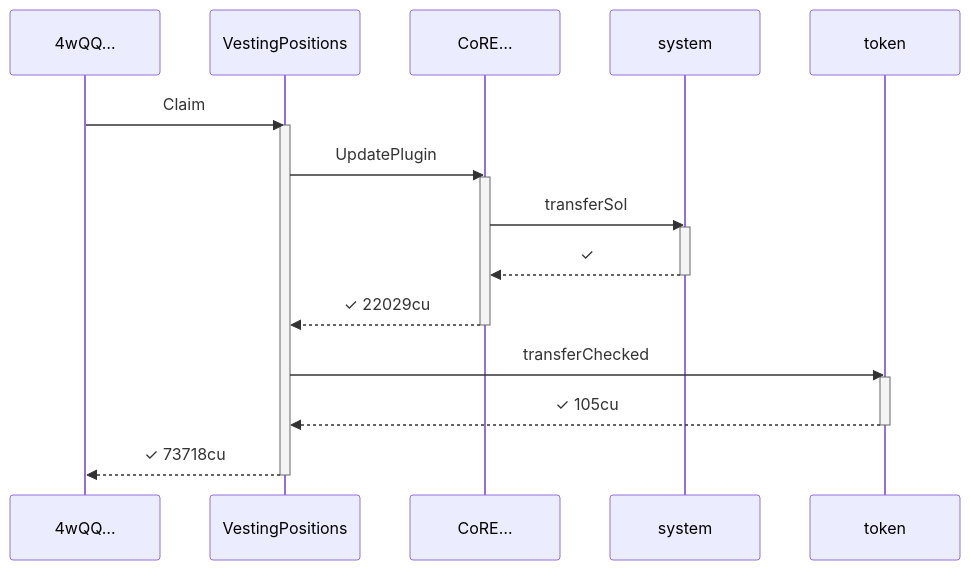
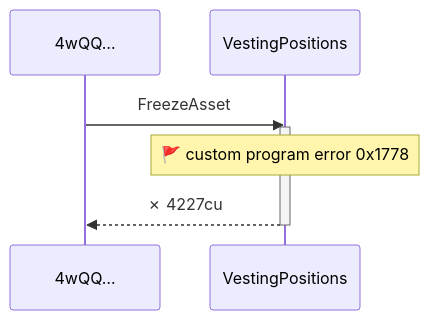
One commit to cds-turbin3/vesting-position changed the first of 3 diagrams in babelfish-tests/test-report/freeze_asset_requires_creator.md. Above: the diagram before and after it, drawn with Mermaid. The commit also changed other lines of this file and 50 other files, not shown here.

````diff
--- a/babelfish-tests/test-report/freeze_asset_requires_creator.md
+++ b/babelfish-tests/test-report/freeze_asset_requires_creator.md
@@ -5,24 +5,10 @@
 ```mermaid
 sequenceDiagram
     participant p0 as 4wQQ…
     participant p1 as VestingPositions
-    participant p2 as CoRE…
-    participant p3 as system
-    participant p4 as token
-    p0->>p1: Claim
+    p0->>p1: FreezeAsset
     activate p1
-    p1->>p2: UpdatePlugin
-    activate p2
-    p2->>p3: transferSol
-    activate p3
-    p3-->>p2: ✓
-    deactivate p3
-    p2-->>p1: ✓ 22029cu
-    deactivate p2
-    p1->>p4: transferChecked
-    activate p4
-    p4-->>p1: ✓ 105cu
-    deactivate p4
-    p1-->>p0: ✓ 73718cu
+    note over p1: 🚩 custom program error  0x1778
+    p1-->>p0: ✗ 4227cu
     deactivate p1
 ```
````
